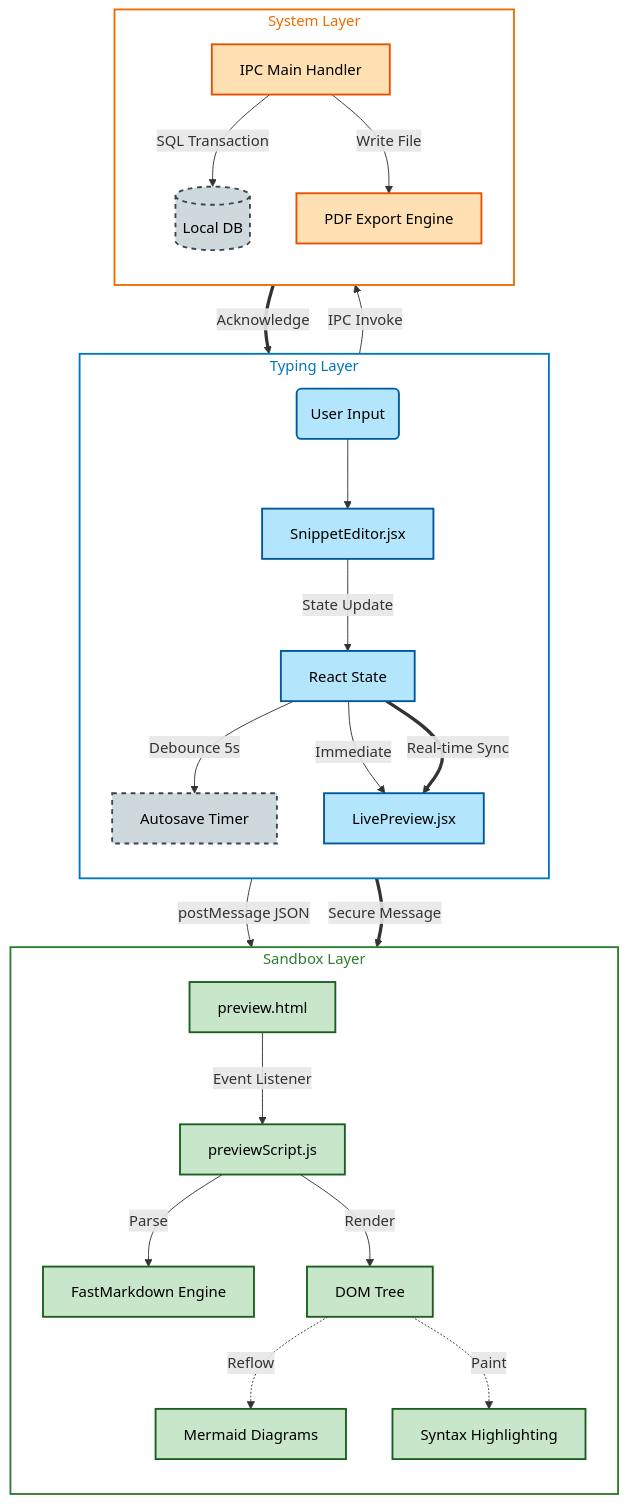
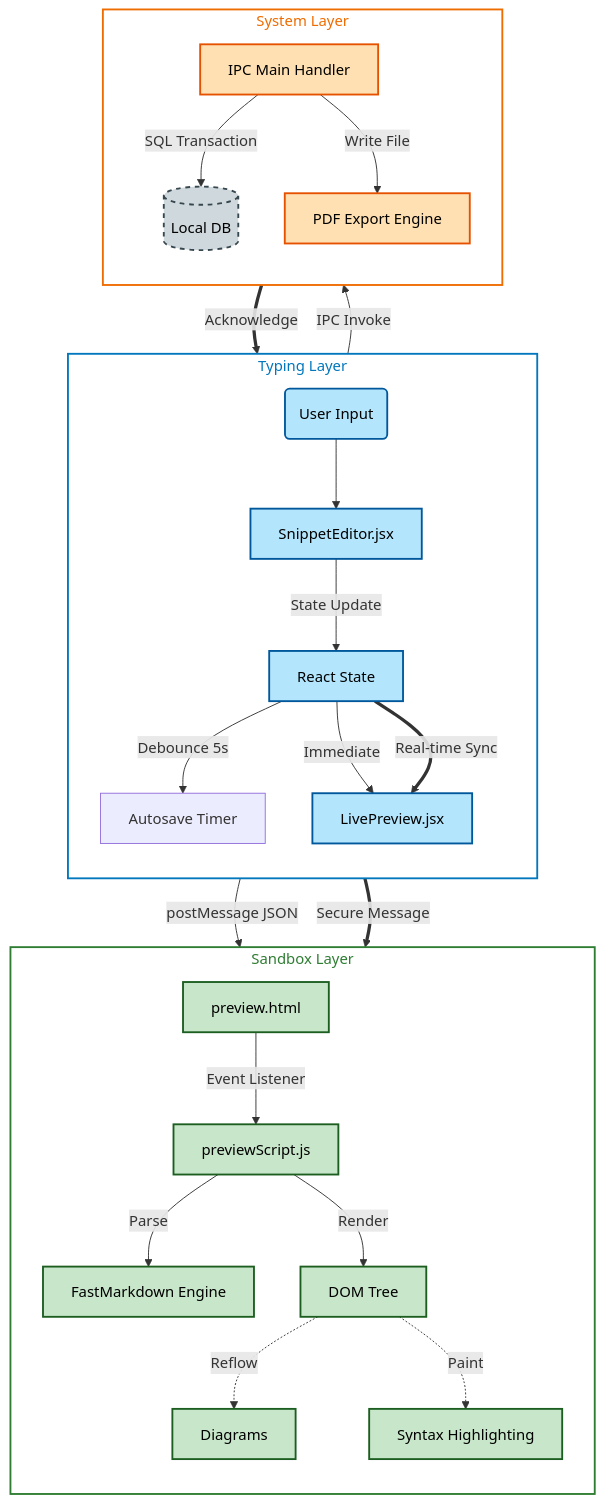
Before and after one commit to Saboor-Hamedi/dev-snippet: the third of 4 diagrams in notes/GUIDE.md, drawn with Mermaid. The commit also changed other lines of this file and 25 other files, not shown here.

````diff
--- a/notes/GUIDE.md
+++ b/notes/GUIDE.md
@@ -147,50 +154,50 @@
 ```mermaid
 flowchart TD
     subgraph Typing_Layer ["Typing Layer"]
         direction TB
         UserInput(User Input) --> EditorComp["SnippetEditor.jsx"]
         EditorComp -->|State Update| ReactState[React State]
         ReactState -->|Debounce 5s| Timer[Autosave Timer]
         ReactState -->|Immediate| PreviewMgr["LivePreview.jsx"]
     end
 
     subgraph System_Layer ["System Layer"]
         direction TB
         Timer -->|IPC Invoke| IPCHandler[IPC Main Handler]
         IPCHandler -->|SQL Transaction| SQLite[(Local DB)]
         IPCHandler -->|Write File| PDFEngine[PDF Export Engine]
     end
 
     subgraph Sandbox_Layer ["Sandbox Layer"]
         direction TB
         PreviewMgr -->|postMessage JSON| IframeWindow["preview.html"]
         IframeWindow -->|Event Listener| Script["previewScript.js"]
         Script -->|Parse| FastMD[FastMarkdown Engine]
         Script -->|Render| DOM[DOM Tree]
 
-        DOM -.->|Reflow| Mermaid[Mermaid Diagrams]
+        DOM -.->|Reflow| Mermaid[Diagrams]
         DOM -.->|Paint| HLJS[Syntax Highlighting]
     end
 
     %% Data Flow Connections
     ReactState == Real-time Sync ==> PreviewMgr
     PreviewMgr == Secure Message ==> IframeWindow
     IPCHandler == Acknowledge ==> EditorComp
 
     %% Styling Definitions
     classDef react fill:#b3e5fc,stroke:#01579b,stroke-width:2px,color:black
     classDef electron fill:#ffe0b2,stroke:#e65100,stroke-width:2px,color:black
     classDef sandbox fill:#c8e6c9,stroke:#1b5e20,stroke-width:2px,color:black
     classDef storage fill:#cfd8dc,stroke:#37474f,stroke-width:2px,stroke-dasharray:5,color:black
 
     %% Subgraph Styling
     style Typing_Layer fill:none,stroke:#0277bd,stroke-width:2px,color:#0277bd
     style System_Layer fill:none,stroke:#ef6c00,stroke-width:2px,color:#ef6c00
     style Sandbox_Layer fill:none,stroke:#2e7d32,stroke-width:2px,color:#2e7d32
 
     %% Apply Styles
     class EditorComp,ReactState,PreviewMgr,UserInput react
     class IPCHandler,PDFEngine electron
     class IframeWindow,Script,FastMD,DOM,Mermaid,HLJS sandbox
-    class Timer,SQLite,DB storage
+    class SQLite,DB storage
 ```
````
